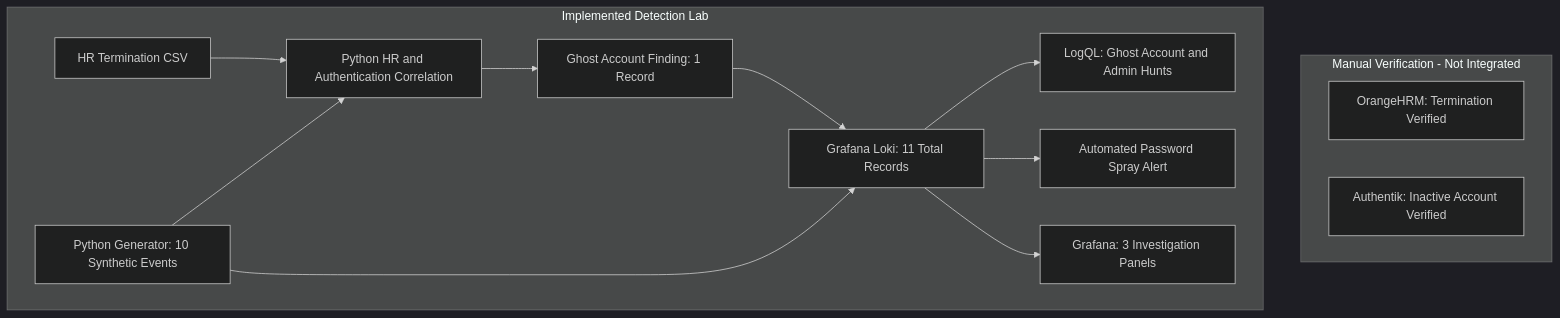
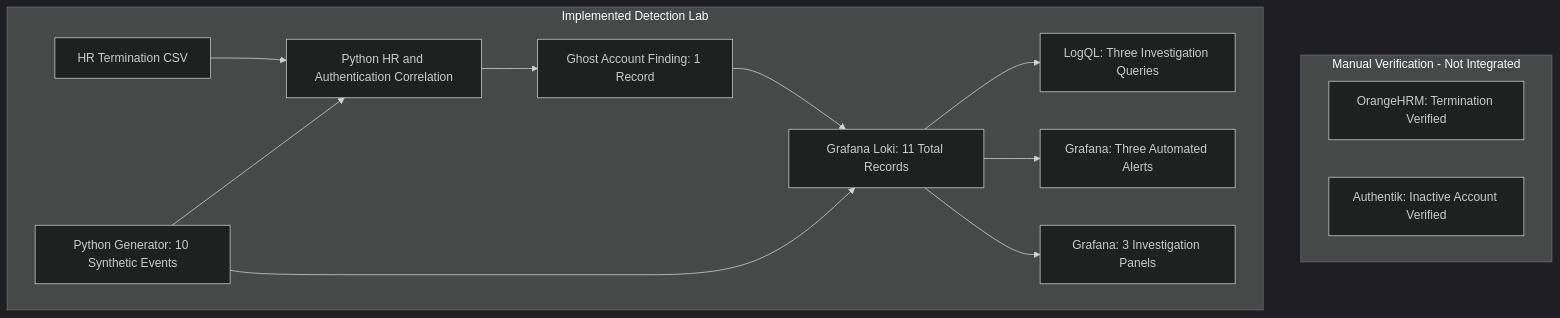
One commit to sososimple-cmd/identity-threat-detection-lab changed the diagram in README.md. Above: the diagram before and after it, drawn with Mermaid (dark theme). The commit also changed other lines of this file, not shown here.

Commit message:
Document three automated detection alerts

````diff
--- a/README.md
+++ b/README.md
@@ -56,27 +56,27 @@
 ```mermaid
 flowchart TB
     subgraph CONTEXT["Manual Verification - Not Integrated"]
         ORANGE["OrangeHRM: Termination Verified"]
         AUTH["Authentik: Inactive Account Verified"]
     end
 
     subgraph LAB["Implemented Detection Lab"]
         HR["HR Termination CSV"]
         GEN["Python Generator: 10 Synthetic Events"]
         CORR["Python HR and Authentication Correlation"]
         FIND["Ghost Account Finding: 1 Record"]
         LOKI["Grafana Loki: 11 Total Records"]
-        HUNTS["LogQL: Ghost Account and Admin Hunts"]
-        ALERT["Automated Password Spray Alert"]
+        HUNTS["LogQL: Three Investigation Queries"]
+        ALERT["Grafana: Three Automated Alerts"]
         DASH["Grafana: 3 Investigation Panels"]
 
         HR --> CORR
         GEN --> CORR
         CORR --> FIND
         GEN --> LOKI
         FIND --> LOKI
         LOKI --> HUNTS
         LOKI --> ALERT
         LOKI --> DASH
     end
 ```
````
